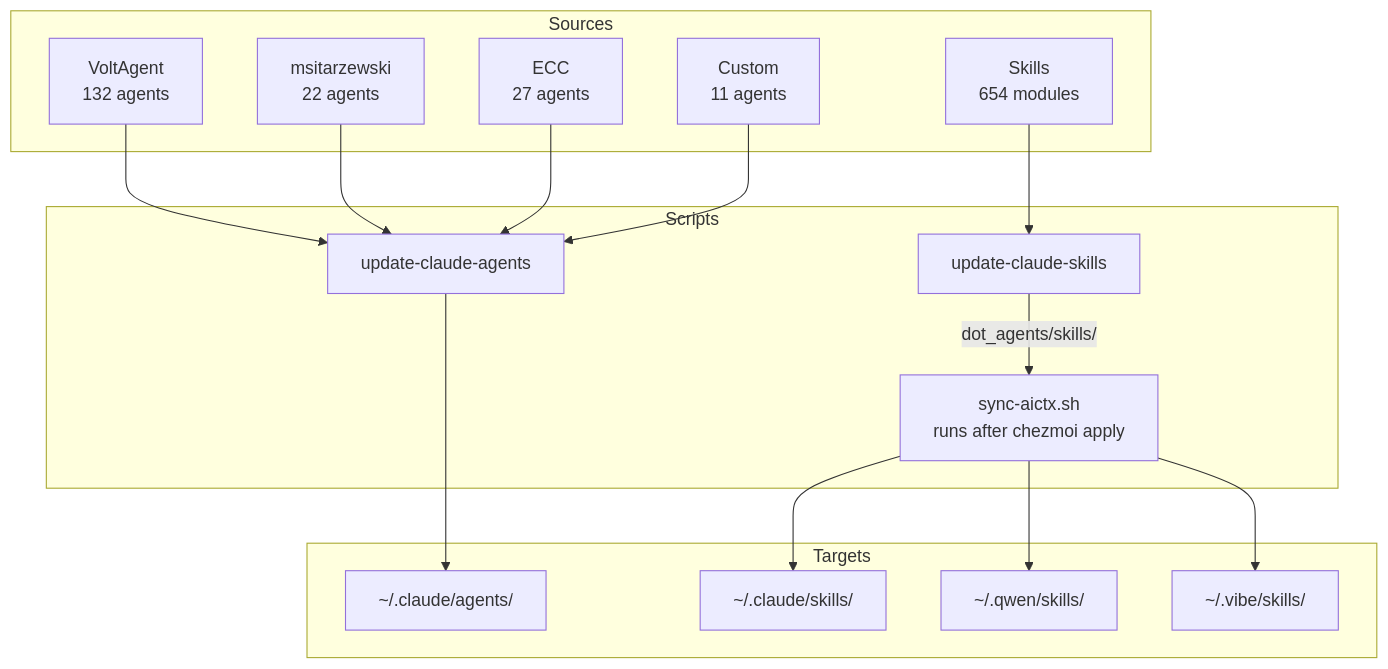
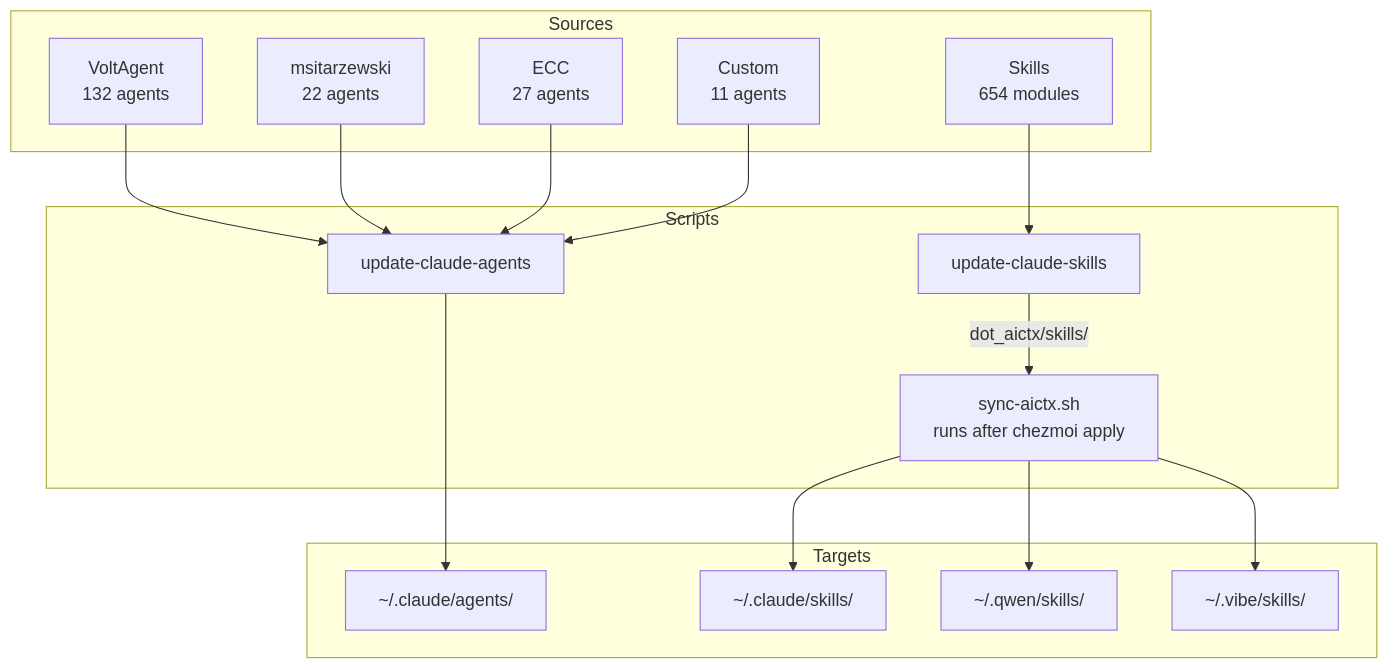
The fifth of 6 diagrams in docs/ARCHITECTURE.md (jsoyer/dotfiles), drawn with Mermaid before and after one commit. The commit also changed other lines of this file and 5 other files, not shown here.

````diff
--- a/docs/ARCHITECTURE.md
+++ b/docs/ARCHITECTURE.md
@@ -154,35 +151,35 @@
 ```mermaid
 graph TD
     subgraph Sources
         VA[VoltAgent<br>132 agents]
         MS[msitarzewski<br>22 agents]
         ECC[ECC<br>27 agents]
         CU[Custom<br>11 agents]
         SK[Skills<br>654 modules]
     end
 
     subgraph Scripts
         UCA[update-claude-agents]
         UCS[update-claude-skills]
         SYNC[sync-aictx.sh<br>runs after chezmoi apply]
     end
 
     subgraph Targets
         CA[~/.claude/agents/]
         CS[~/.claude/skills/]
         QS[~/.qwen/skills/]
         VS[~/.vibe/skills/]
     end
 
     VA --> UCA
     MS --> UCA
     ECC --> UCA
     CU --> UCA
     UCA --> CA
 
     SK --> UCS
-    UCS --> |dot_agents/skills/| SYNC
+    UCS --> |dot_aictx/skills/| SYNC
     SYNC --> CS
     SYNC --> QS
     SYNC --> VS
 ```
````
